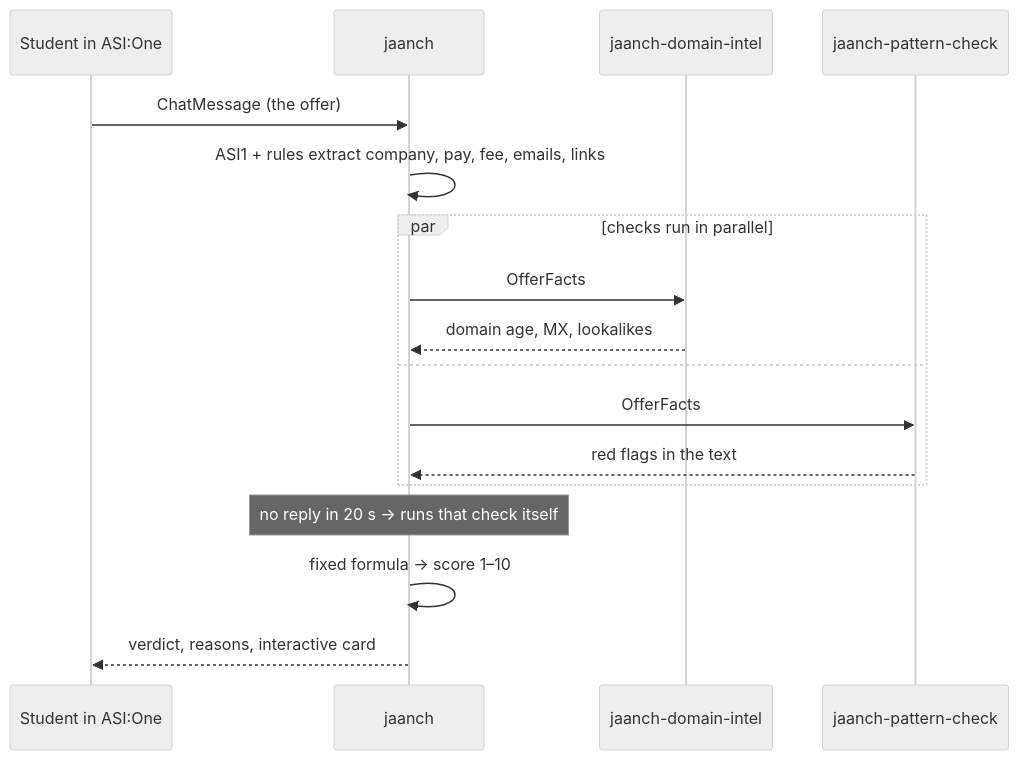
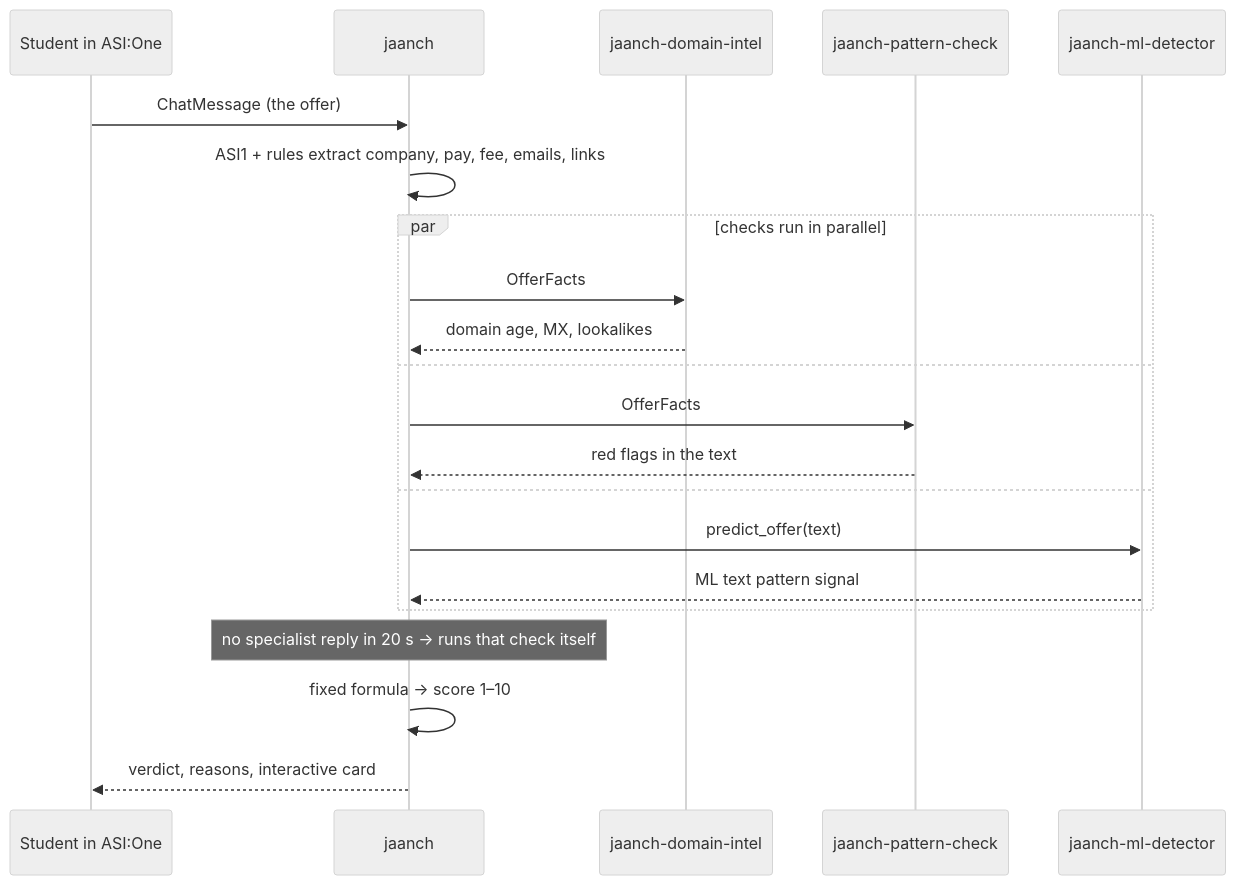
One commit to abhishekgoswami0720/jaanch changed the second of 2 diagrams in README.md. Above: the diagram before and after it, drawn with Mermaid (neutral theme). The commit also changed other lines of this file and 20 other files, not shown here.

````diff
--- a/README.md
+++ b/README.md
@@ -131,19 +135,23 @@
 ```mermaid
 sequenceDiagram
     participant U as Student in ASI:One
     participant J as jaanch
     participant D as jaanch-domain-intel
     participant P as jaanch-pattern-check
+    participant M as jaanch-ml-detector
     U->>J: ChatMessage (the offer)
     J->>J: ASI1 + rules extract company, pay, fee, emails, links
     par checks run in parallel
         J->>D: OfferFacts
         D-->>J: domain age, MX, lookalikes
     and
         J->>P: OfferFacts
         P-->>J: red flags in the text
+    and
+        J->>M: predict_offer(text)
+        M-->>J: ML text pattern signal
     end
-    Note over J: no reply in 20 s → runs that check itself
+    Note over J: no specialist reply in 20 s → runs that check itself
     J->>J: fixed formula → score 1–10
     J-->>U: verdict, reasons, interactive card
 ```
````
